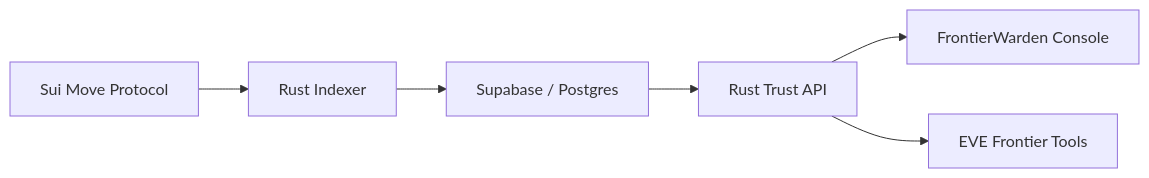
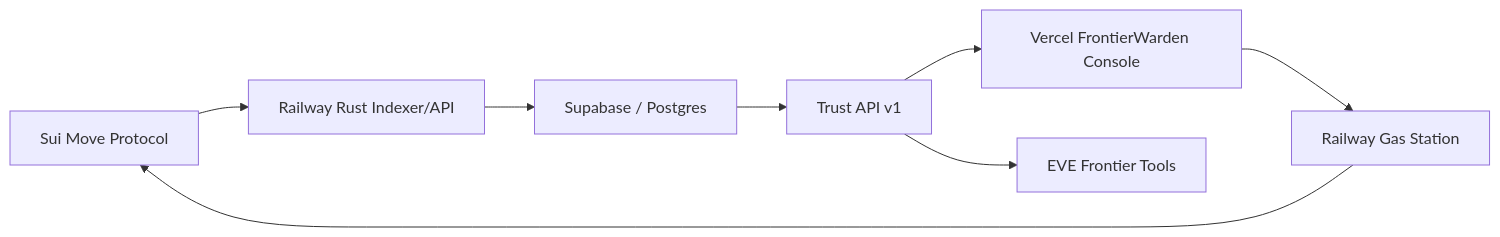
One commit to Kodaxadev/FrontierWarden changed the diagram in README.md. Above: the diagram before and after it, drawn with Mermaid. The commit also changed other lines of this file and 5 other files, not shown here.

Commit message:
docs: update FrontierWarden live ops and security posture

````diff
--- a/README.md
+++ b/README.md
@@ -106,8 +144,10 @@
 ```mermaid
 flowchart LR
-  Move["Sui Move Protocol"] --> Indexer["Rust Indexer"]
+  Move["Sui Move Protocol"] --> Indexer["Railway Rust Indexer/API"]
   Indexer --> DB["Supabase / Postgres"]
-  DB --> API["Rust Trust API"]
-  API --> UI["FrontierWarden Console"]
+  DB --> API["Trust API v1"]
+  API --> UI["Vercel FrontierWarden Console"]
   API --> Tools["EVE Frontier Tools"]
+  UI --> Gas["Railway Gas Station"]
+  Gas --> Move
 ```
````
